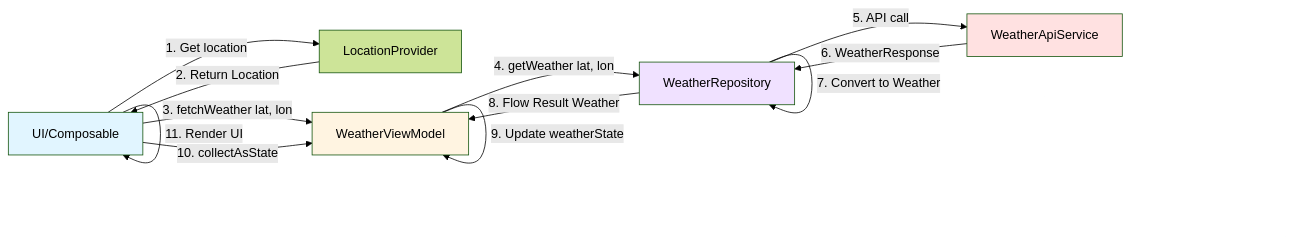
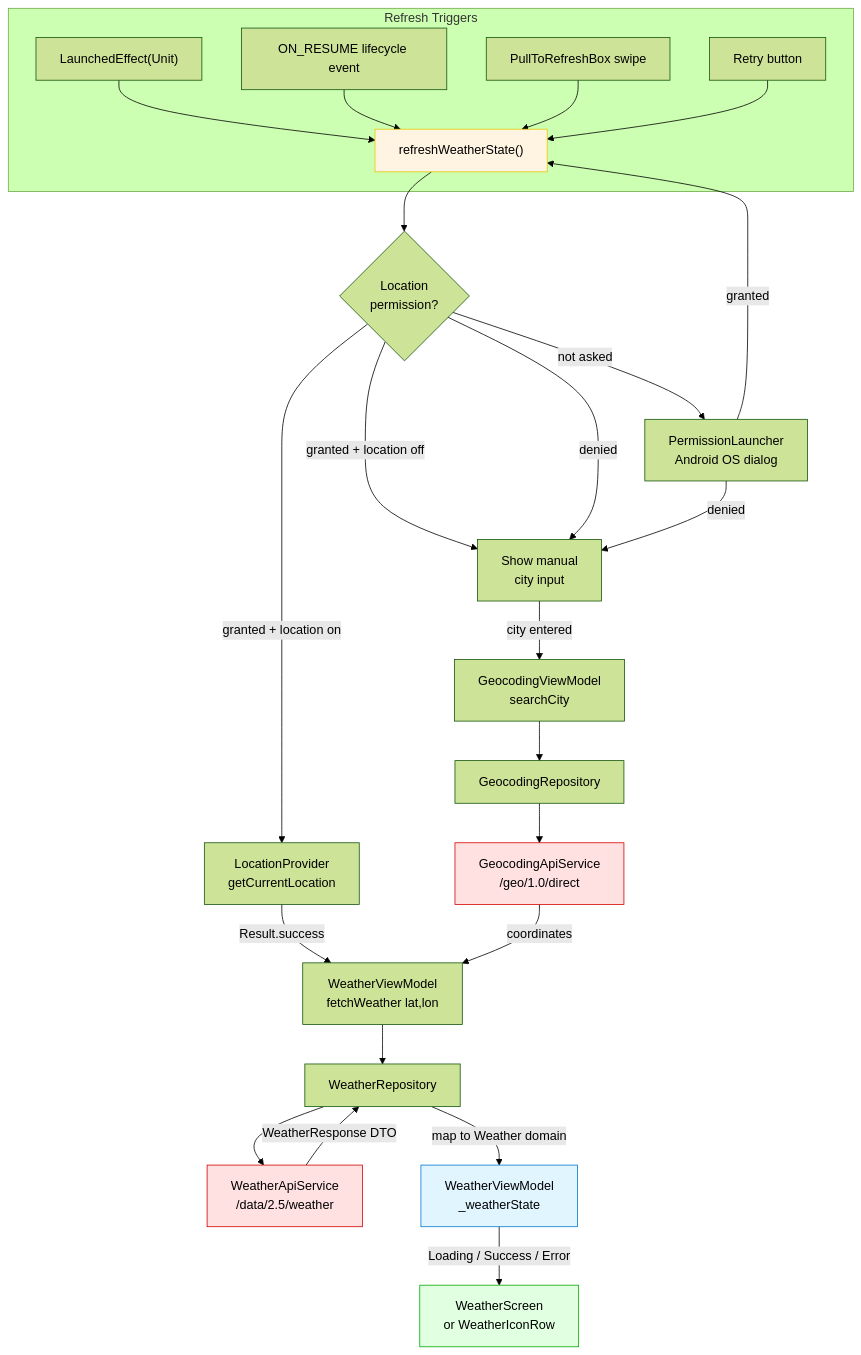
The diagram in .copilot/weather/data-flow.md (bleikerja/Looksy-Frontend), drawn with Mermaid (forest theme) before and after one commit. The commit also changed other lines of this file and 18 other files, not shown here.

Commit message:
add updating weather page by swiping, add test for geocoding repo, update weather-related tests

````diff
--- a/.copilot/weather/data-flow.md
+++ b/.copilot/weather/data-flow.md
@@ -5,19 +5,38 @@
 ```mermaid
-flowchart LR
-    A[UI/Composable] -->|1. Get location| B[LocationProvider]
-    B -->|2. Return Location| A
-    A -->|3. fetchWeather lat, lon| C[WeatherViewModel]
-    C -->|4. getWeather lat, lon| D[WeatherRepository]
-    D -->|5. API call| E[WeatherApiService]
-    E -->|6. WeatherResponse| D
-    D -->|7. Convert to Weather| D
-    D -->|8. Flow Result Weather| C
-    C -->|9. Update weatherState| C
-    A -->|10. collectAsState| C
-    A -->|11. Render UI| A
+flowchart TD
+    subgraph Triggers["Refresh Triggers"]
+        T1["LaunchedEffect(Unit)"] --> R
+        T2["ON_RESUME lifecycle event"] --> R
+        T3["PullToRefreshBox swipe"] --> R
+        T4["Retry button"] --> R
+    end
 
-    style A fill:#e1f5ff
-    style C fill:#fff4e1
-    style D fill:#f0e1ff
-    style E fill:#ffe1e1
+    R["refreshWeatherState()"] --> P{Location\npermission?}
+
+    P -->|granted + location on| GPS[LocationProvider\ngetCurrentLocation]
+    P -->|granted + location off| MANUAL[Show manual\ncity input]
+    P -->|not asked| PERM[PermissionLauncher\nAndroid OS dialog]
+    P -->|denied| MANUAL
+
+    PERM -->|granted| R
+    PERM -->|denied| MANUAL
+
+    GPS -->|Result.success| FETCH[WeatherViewModel\nfetchWeather lat,lon]
+    MANUAL -->|city entered| GEO[GeocodingViewModel\nsearchCity]
+    GEO --> GREPO[GeocodingRepository]
+    GREPO --> GAPI[GeocodingApiService\n/geo/1.0/direct]
+    GAPI -->|coordinates| FETCH
+
+    FETCH --> WREPO[WeatherRepository]
+    WREPO --> WAPI[WeatherApiService\n/data/2.5/weather]
+    WAPI -->|WeatherResponse DTO| WREPO
+    WREPO -->|map to Weather domain| STATE
+
+    STATE[WeatherViewModel\n_weatherState] -->|Loading / Success / Error| UI[WeatherScreen\nor WeatherIconRow]
+
+    style R fill:#fff4e1,stroke:#e6c700
+    style STATE fill:#e1f5ff,stroke:#0078d4
+    style WAPI fill:#ffe1e1,stroke:#d40000
+    style GAPI fill:#ffe1e1,stroke:#d40000
+    style UI fill:#e1ffe1,stroke:#00aa00
 ```
````
